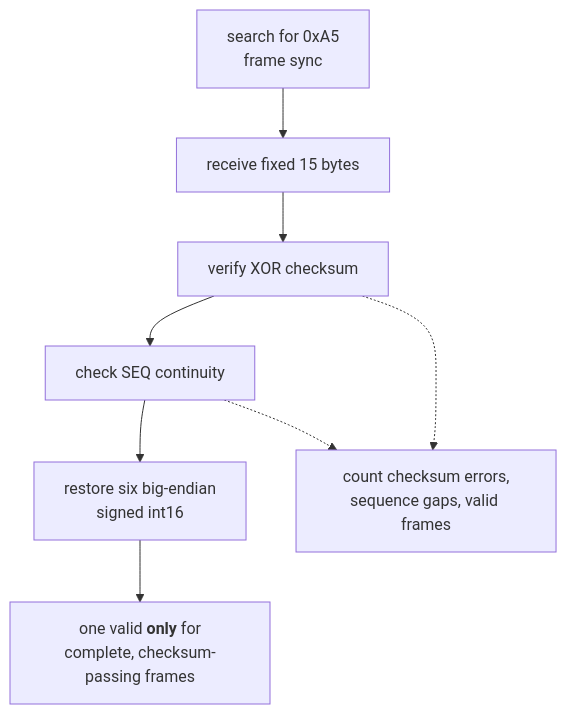
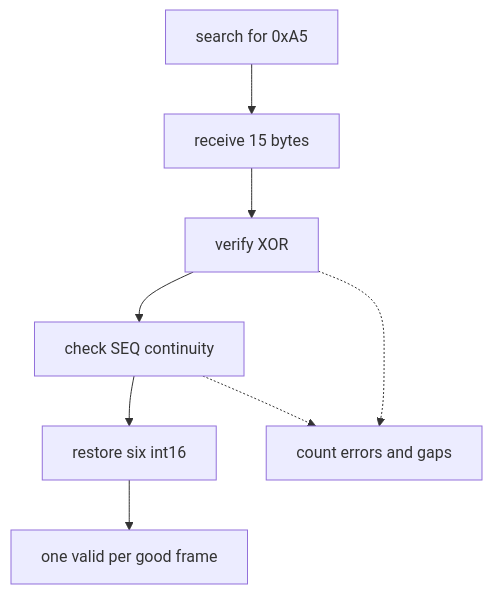
Before and after one commit to Rushmello369/fpga-feed-handler: the fifth of 5 diagrams in docs/diagrams/board_link_tx.md, drawn with Mermaid. The commit also changed other lines of this file and 12 other files, not shown here.

Commit message:
add diagrams for system and module architectures

````diff
--- a/docs/diagrams/board_link_tx.md
+++ b/docs/diagrams/board_link_tx.md
@@ -140,14 +99,6 @@
 ```mermaid
 flowchart TD
-    R1["search for 0xA5<br/>frame sync"]
-    R2["receive fixed 15 bytes"]
-    R3["verify XOR checksum"]
-    R4["check SEQ continuity"]
-    R5["restore six big-endian<br/>signed int16"]
-    R6["one valid <b>only</b> for<br/>complete, checksum-passing frames"]
-    R7["count checksum errors,<br/>sequence gaps, valid frames"]
-
-    R1 --> R2 --> R3 --> R4 --> R5 --> R6
-    R3 -.-> R7
+    R1[search for 0xA5] --> R2[receive 15 bytes] --> R3[verify XOR] --> R4[check SEQ continuity] --> R5[restore six int16] --> R6[one valid per good frame]
+    R3 -.-> R7[count errors and gaps]
     R4 -.-> R7
 ```
````
